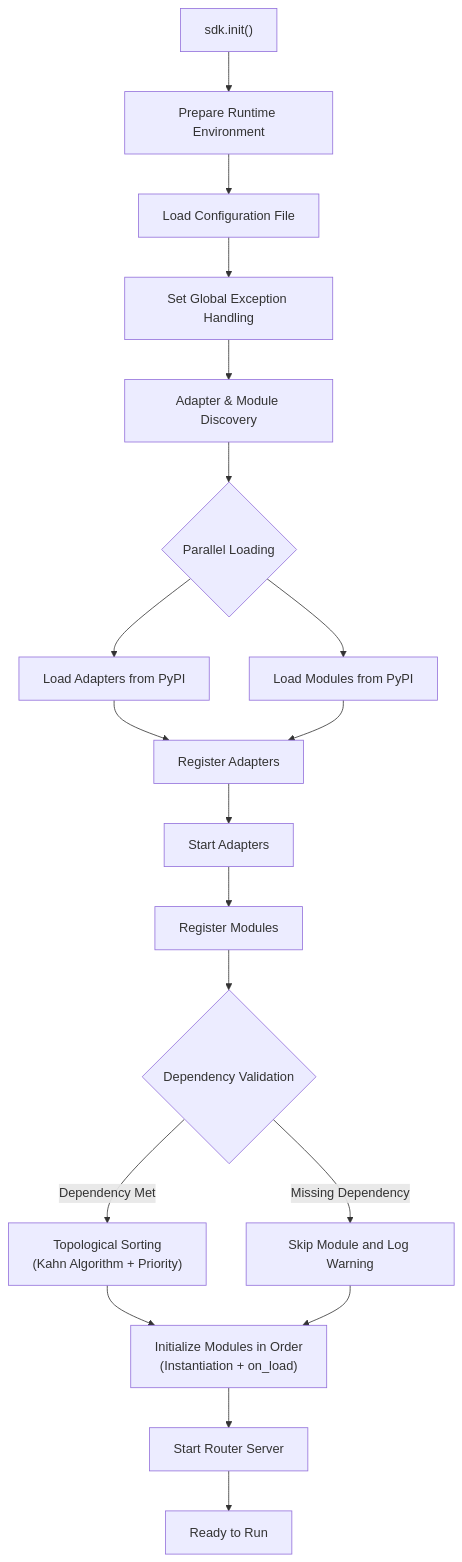
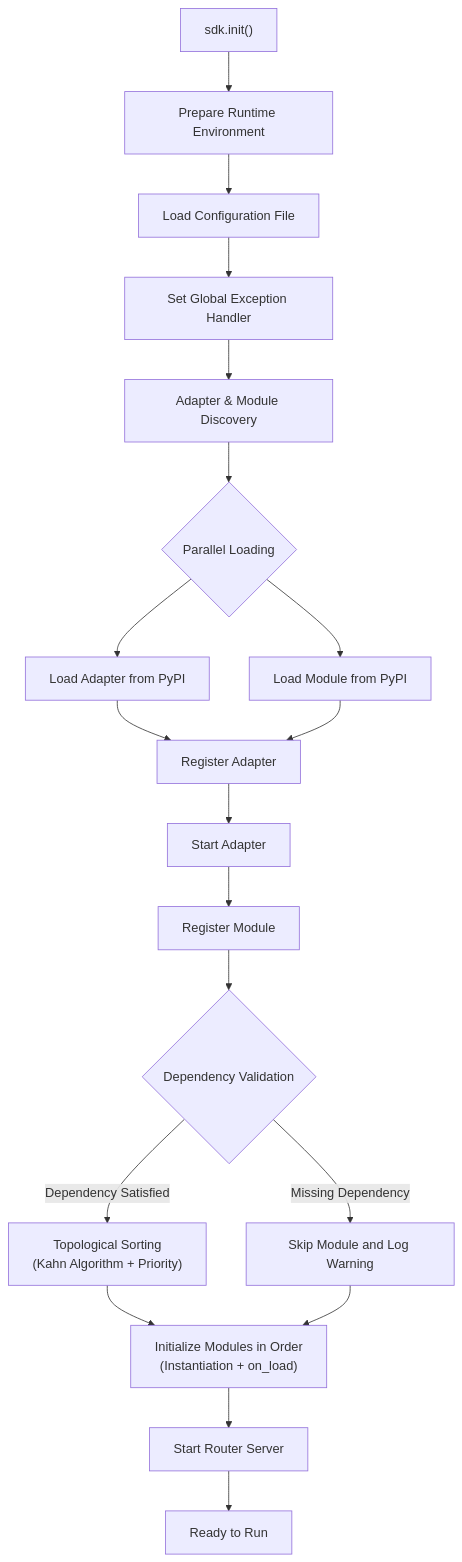
One commit to ErisPulse/ErisPulse changed the second of 10 diagrams in docs/en/architecture.md. Above: the diagram before and after it, drawn with Mermaid. The commit also changed other lines of this file and 83 other files, not shown here.

````diff
--- a/docs/en/architecture.md
+++ b/docs/en/architecture.md
@@ -59,20 +59,20 @@
 ```mermaid
 flowchart TD
     A["sdk.init()"] --> B["Prepare Runtime Environment"]
     B --> B1["Load Configuration File"]
-    B1 --> B2["Set Global Exception Handling"]
+    B1 --> B2["Set Global Exception Handler"]
     B2 --> C["Adapter & Module Discovery"]
     C --> D{"Parallel Loading"}
-    D --> D1["Load Adapters from PyPI"]
-    D --> D2["Load Modules from PyPI"]
-    D1 & D2 --> E["Register Adapters"]
-    E --> E1["Start Adapters"]
-    E1 --> F["Register Modules"]
+    D --> D1["Load Adapter from PyPI"]
+    D --> D2["Load Module from PyPI"]
+    D1 & D2 --> E["Register Adapter"]
+    E --> E1["Start Adapter"]
+    E1 --> F["Register Module"]
     F --> F1{"Dependency Validation"}
     F1 -->|"Missing Dependency"| F2["Skip Module and Log Warning"]
-    F1 -->|"Dependency Met"| F3["Topological Sorting<br/>(Kahn Algorithm + Priority)"]
+    F1 -->|"Dependency Satisfied"| F3["Topological Sorting<br/>(Kahn Algorithm + Priority)"]
     F3 --> G["Initialize Modules in Order<br/>(Instantiation + on_load)"]
     F2 --> G
     G --> H["Start Router Server"]
     H --> K["Ready to Run"]
 ```
````
